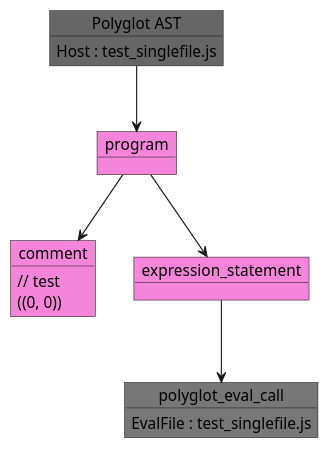
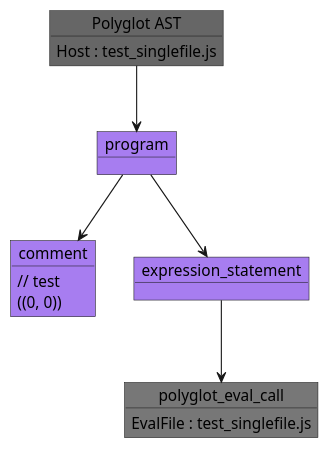
Before and after one commit to yami2200/PolyglotAST: the diagram in UMLrepresentations/singleFileLoop.puml, drawn with PlantUML. The commit also changed 4 other files, not shown here.

```diff
--- a/UMLrepresentations/singleFileLoop.puml
+++ b/UMLrepresentations/singleFileLoop.puml
@@ -1,15 +1,15 @@
 @startuml
 object "Polyglot AST" as 0 #666
 0 : Host : test_singlefile.js
-object "program" as 1 #f584db
+object "program" as 1 #a77df0
 0 -down-> 1
-object "comment" as 2 #f584db
+object "comment" as 2 #a77df0
 2 : // test
 2 : ((0, 0))
 1 -down-> 2
-object "expression_statement" as 4 #f584db
+object "expression_statement" as 4 #a77df0
 1 -down-> 4
 object "polyglot_eval_call" as 5 #777
 5 : EvalFile : test_singlefile.js
 4 -down-> 5
 @enduml
```
